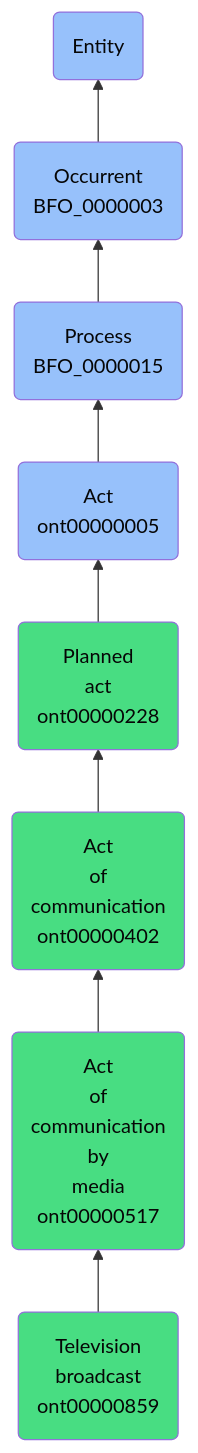
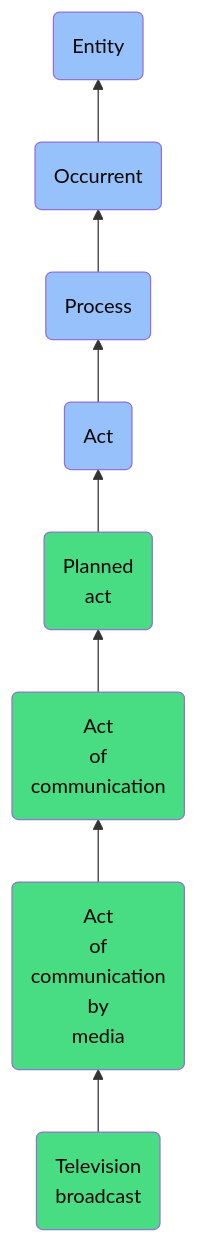
Before and after one commit to jupyter-naas/abi: the diagram in docs/ontology/reference/model/Entity/Occurrent/Process/Act/Planned act/Act of communication/Act of communication by media/Television broadcast/Television broadcast.md, drawn with Mermaid. The commit also changed other lines of this file and 1430 other files, not shown here.

````diff
--- a/docs/ontology/reference/model/Entity/Occurrent/Process/Act/Planned act/Act of communication/Act of communication by media/Television broadcast/Television broadcast.md
+++ b/docs/ontology/reference/model/Entity/Occurrent/Process/Act/Planned act/Act of communication/Act of communication by media/Television broadcast/Television broadcast.md
@@ -24,15 +24,15 @@
 ```mermaid
 graph BT
-    ont00000859(Television<br>broadcast<br>ont00000859):::ABI-->ont00000517
-    ont00000517(Act<br>of<br>communication<br>by<br>media<br>ont00000517):::ABI-->ont00000402
-    ont00000402(Act<br>of<br>communication<br>ont00000402):::ABI-->ont00000228
-    ont00000228(Planned<br>act<br>ont00000228):::ABI-->ont00000005
-    ont00000005(Act<br>ont00000005):::BFO-->BFO_0000015
-    BFO_0000015(Process<br>BFO_0000015):::BFO-->BFO_0000003
-    BFO_0000003(Occurrent<br>BFO_0000003):::BFO-->BFO_0000001
+    ont00000859(Television<br>broadcast):::ABI-->ont00000517
+    ont00000517(Act<br>of<br>communication<br>by<br>media):::ABI-->ont00000402
+    ont00000402(Act<br>of<br>communication):::ABI-->ont00000228
+    ont00000228(Planned<br>act):::ABI-->ont00000005
+    ont00000005(Act):::BFO-->BFO_0000015
+    BFO_0000015(Process):::BFO-->BFO_0000003
+    BFO_0000003(Occurrent):::BFO-->BFO_0000001
     BFO_0000001(Entity):::BFO
     
     classDef BFO fill:#97c1fb,color:#060606
     classDef CCO fill:#e4c51e,color:#060606
     classDef ABI fill:#48DD82,color:#060606
 ```
````
